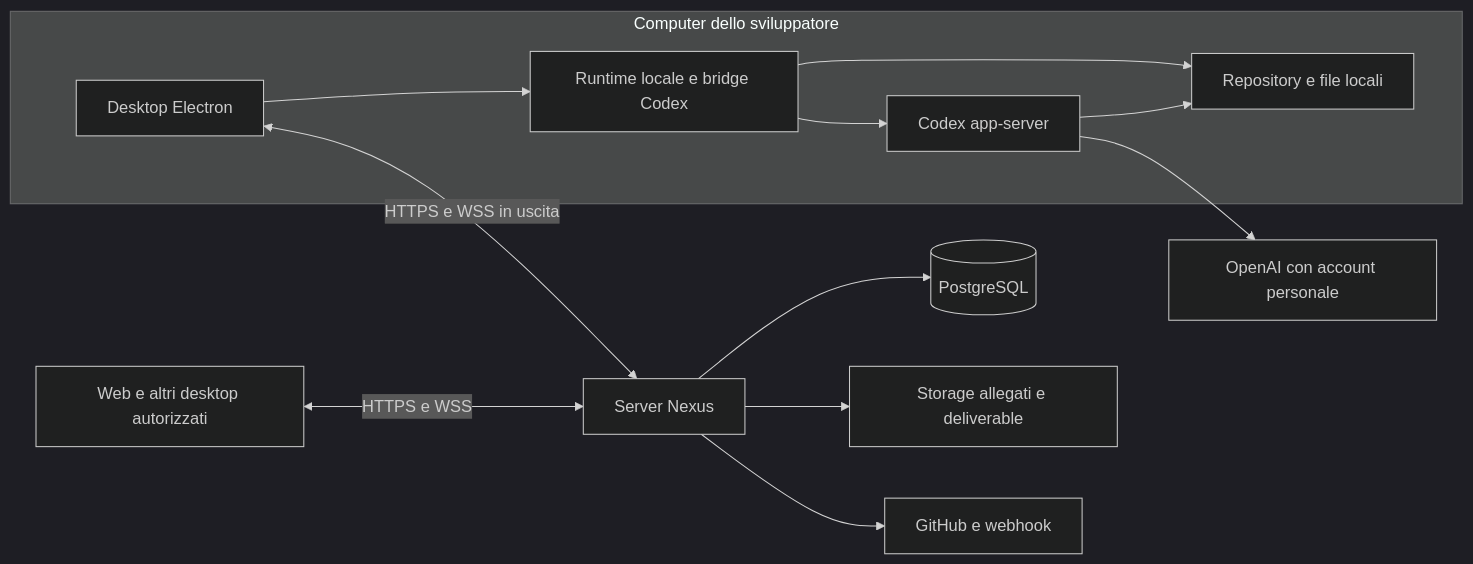
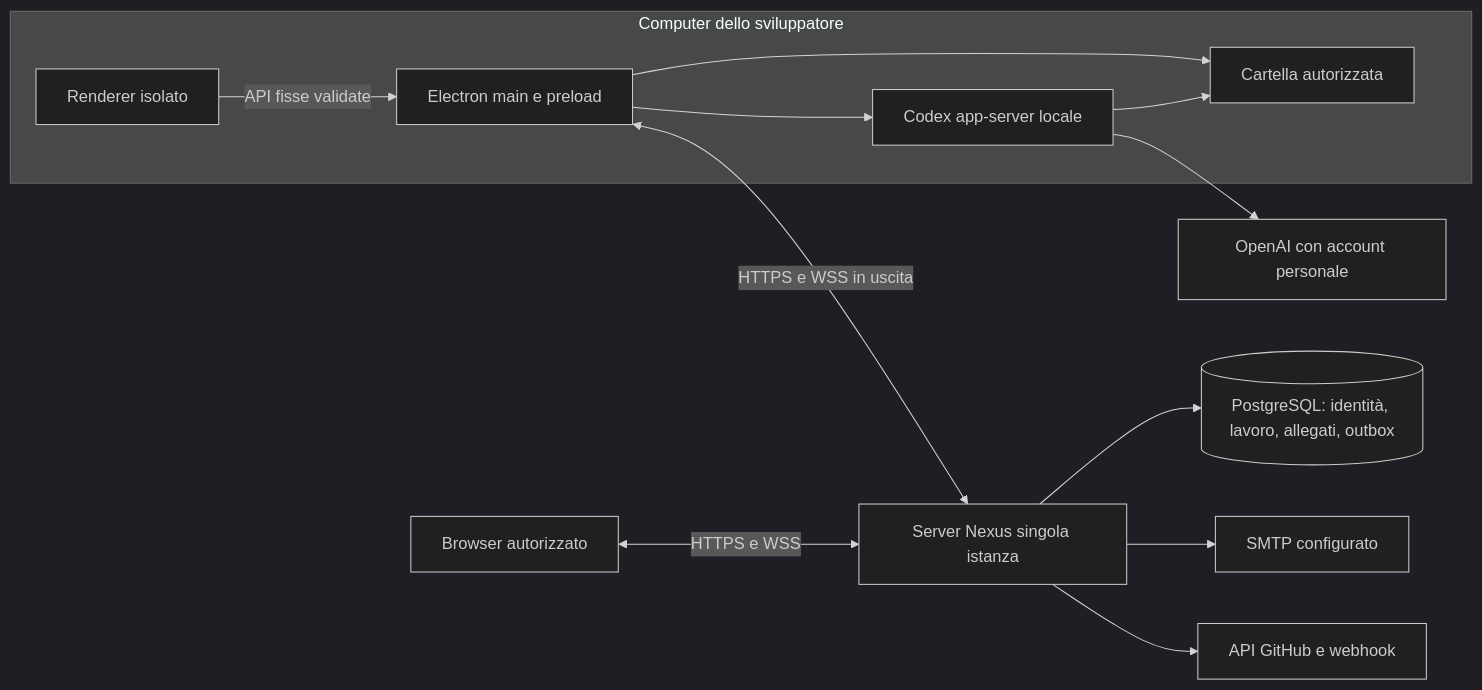
Before and after one commit to AndreaZero/nexus-ai: the diagram in docs/architecture.md, drawn with Mermaid (dark theme). The commit also changed other lines of this file and 49 other files, not shown here.

````diff
--- a/docs/architecture.md
+++ b/docs/architecture.md
@@ -7,19 +5,19 @@
 ```mermaid
 flowchart LR
   subgraph Machine[Computer dello sviluppatore]
-    Desktop[Desktop Electron]
-    Runtime[Runtime locale e bridge Codex]
-    Codex[Codex app-server]
-    Files[Repository e file locali]
-    Desktop --> Runtime
-    Runtime --> Codex
-    Runtime --> Files
+    Desktop[Electron main e preload]
+    Renderer[Renderer isolato]
+    Codex[Codex app-server locale]
+    Files[Cartella autorizzata]
+    Renderer -->|API fisse validate| Desktop
+    Desktop --> Codex
+    Desktop --> Files
     Codex --> Files
   end
   Codex --> OpenAI[OpenAI con account personale]
-  Desktop <-->|HTTPS e WSS in uscita| Server[Server Nexus]
-  Web[Web e altri desktop autorizzati] <-->|HTTPS e WSS| Server
-  Server --> DB[(PostgreSQL)]
-  Server --> Assets[Storage allegati e deliverable]
-  Server --> GitHub[GitHub e webhook]
+  Desktop <-->|HTTPS e WSS in uscita| Server[Server Nexus singola istanza]
+  Web[Browser autorizzato] <-->|HTTPS e WSS| Server
+  Server --> DB[(PostgreSQL: identità, lavoro, allegati, outbox)]
+  Server --> SMTP[SMTP configurato]
+  Server --> GitHub[API GitHub e webhook]
 ```
````
